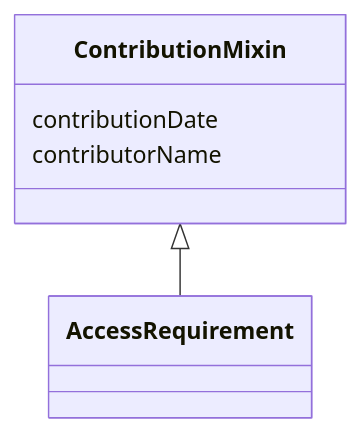
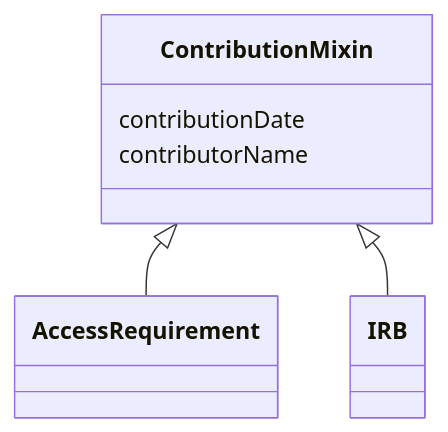
One commit to mc2-center/governanceDUO changed the diagram in docs/reference/classes/ContributionMixin.md. Above: the diagram before and after it, drawn with Mermaid. The commit also changed other lines of this file and 48 other files, not shown here.

````diff
--- a/docs/reference/classes/ContributionMixin.md
+++ b/docs/reference/classes/ContributionMixin.md
@@ -23,13 +23,15 @@
 ```mermaid
  classDiagram
     class ContributionMixin
     click ContributionMixin href "../../classes/ContributionMixin/"
       ContributionMixin <|-- AccessRequirement
         click AccessRequirement href "../../classes/AccessRequirement/"
+      ContributionMixin <|-- IRB
+        click IRB href "../../classes/IRB/"
       
       ContributionMixin : contributionDate
         
       ContributionMixin : contributorName
         
       
 ```
````
